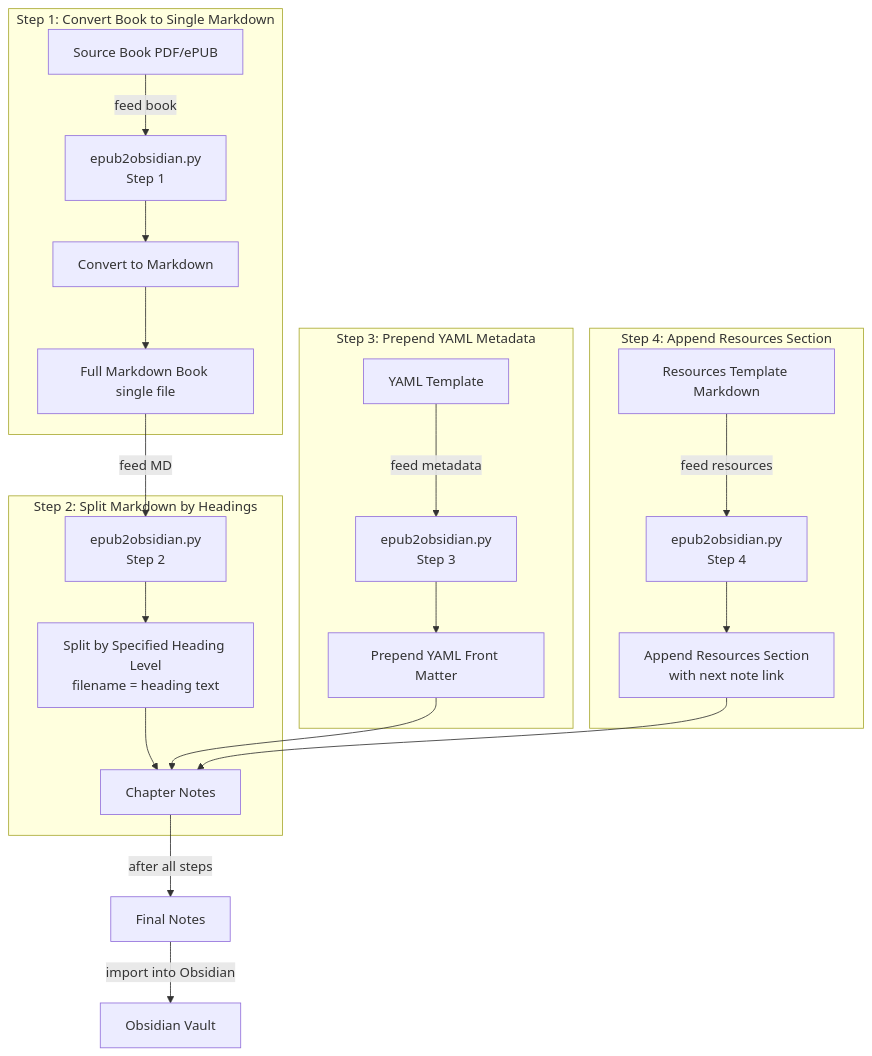
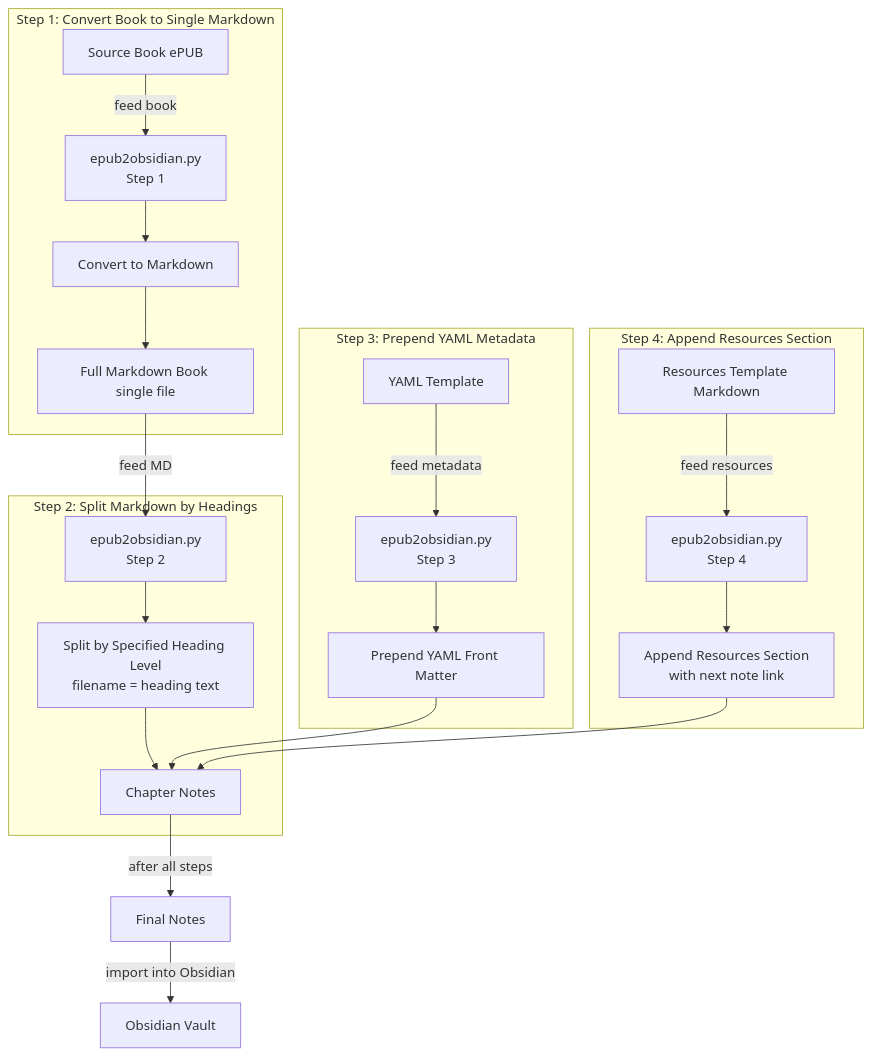
Before and after one commit to 808ale/ePUB-to-Obsidian: the diagram in README.md, drawn with Mermaid.

Commit message:
Fix typo: not PDF  README.md

````diff
--- a/README.md
+++ b/README.md
@@ -19,38 +19,38 @@
 ```mermaid
 flowchart TD
 
     %% Step 1: Convert Book to MD
     subgraph Step 1: Convert Book to Single Markdown
-        A["Source Book PDF/ePUB"]
+        A["Source Book ePUB"]
         A -- feed book --> ConvertScript["epub2obsidian.py<br/>Step 1"]
         ConvertScript --> ConvertAction["Convert to Markdown"]
         ConvertAction --> MD_Full["Full Markdown Book single file"]
     end
 
     %% Step 2: Split the Markdown by Headings
     subgraph Step 2: Split Markdown by Headings
         MD_Full -- feed MD --> SplitScript["epub2obsidian.py<br/>Step 2"]
         SplitScript --> SplitAction["Split by Specified Heading Level<br/>filename = heading text"]
         SplitAction --> NotesContent["Chapter Notes"]
     end
 
     %% Step 3: Prepend Metadata from YAML Template
     subgraph Step 3: Prepend YAML Metadata
         MetadataFile["YAML Template"]
         MetadataFile -- feed metadata --> MetadataScript["epub2obsidian.py<br/>Step 3"]
         MetadataScript --> PrependAction["Prepend YAML Front Matter"]
         PrependAction --> NotesContent
     end
 
     %% Step 4: Append Resources Section
     subgraph Step 4: Append Resources Section
         ResourcesFile["Resources Template Markdown"]
         ResourcesFile -- feed resources --> ResourcesScript["epub2obsidian.py<br/>Step 4"]
         ResourcesScript --> AppendAction["Append Resources Section<br/>with next note link"]
         AppendAction --> NotesContent
     end
 
     %% Final Step: Import to Obsidian
     NotesContent -- after all steps --> FinalNotes["Final Notes"]
     FinalNotes -- import into Obsidian --> ObsidianVault["Obsidian Vault"]
 ```
````
